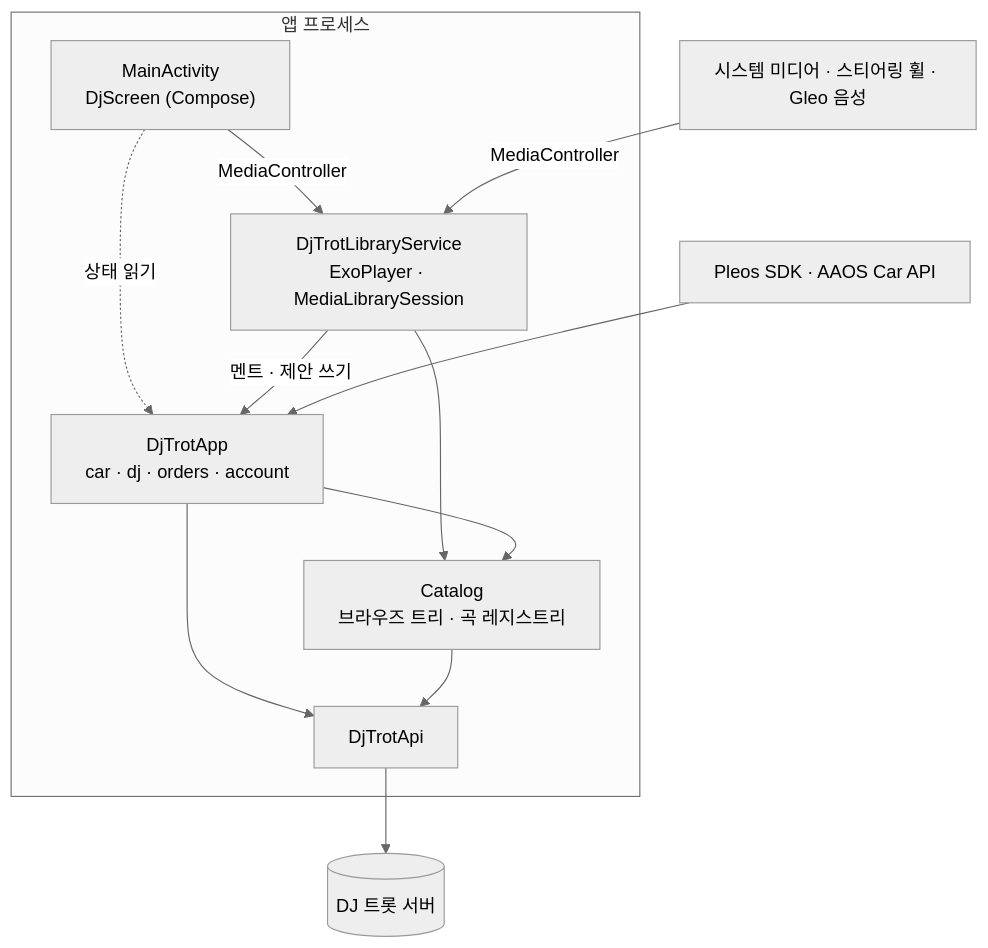
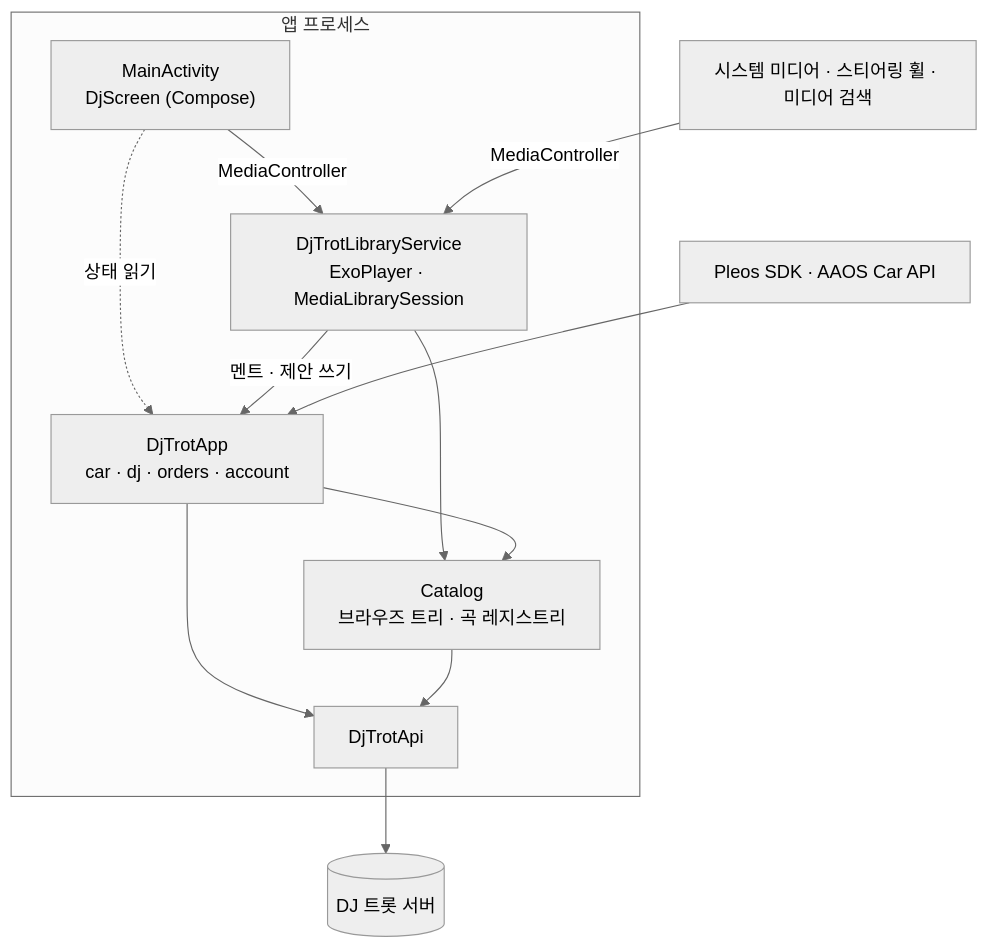
The first of 3 diagrams in docs/architecture.md (reopt-ai/dj-trot), drawn with Mermaid (neutral theme) before and after one commit. The commit also changed other lines of this file and 14 other files, not shown here.

````diff
--- a/docs/architecture.md
+++ b/docs/architecture.md
@@ -9,24 +9,24 @@
 ```mermaid
 flowchart TB
-    System["시스템 미디어 · 스티어링 휠 · Gleo 음성"]
+    System["시스템 미디어 · 스티어링 휠 · 미디어 검색"]
     subgraph App["앱 프로세스"]
         Main["MainActivity<br/>DjScreen (Compose)"]
         Service["DjTrotLibraryService<br/>ExoPlayer · MediaLibrarySession"]
         Shared["DjTrotApp<br/>car · dj · orders · account"]
         Catalog["Catalog<br/>브라우즈 트리 · 곡 레지스트리"]
         Api["DjTrotApi"]
     end
     Car["Pleos SDK · AAOS Car API"]
     Server[("DJ 트롯 서버")]
 
     Main -- MediaController --> Service
     System -- MediaController --> Service
     Main -. 상태 읽기 .-> Shared
     Service -- 멘트 · 제안 쓰기 --> Shared
     Service --> Catalog
     Shared --> Catalog
     Shared --> Api
     Catalog --> Api
     Api --> Server
     Car --> Shared
 ```
````
